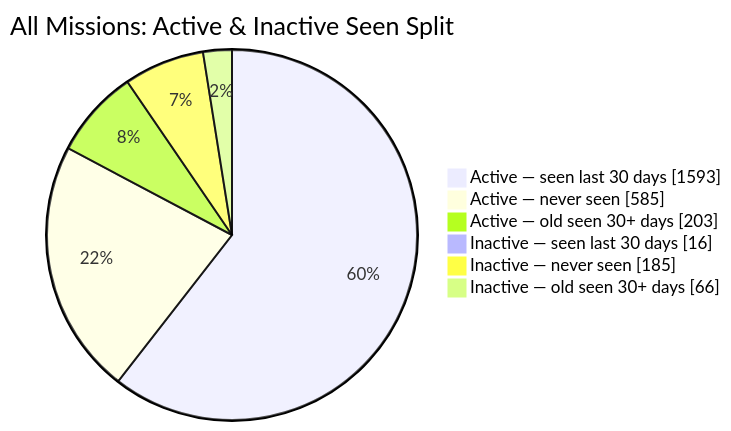
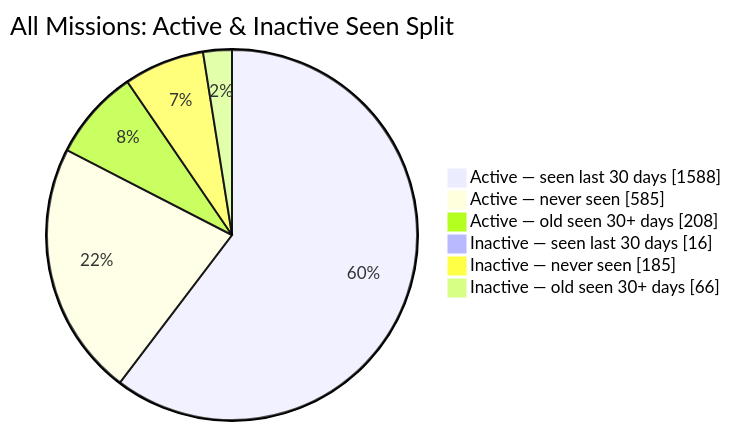
The second of 2 diagrams in README.md (MeldkamerspelGameTeam/active-missions), drawn with Mermaid before and after one commit. The commit also changed other lines of this file and 3 other files, not shown here.

````diff
--- a/README.md
+++ b/README.md
@@ -44,10 +44,10 @@
 ```mermaid
 pie showData
     title All Missions: Active & Inactive Seen Split
-    "Active — seen last 30 days" : 1593
+    "Active — seen last 30 days" : 1588
     "Active — never seen" : 585
-    "Active — old seen 30+ days" : 203
+    "Active — old seen 30+ days" : 208
     "Inactive — seen last 30 days" : 16
     "Inactive — never seen" : 185
     "Inactive — old seen 30+ days" : 66
 ```
````
